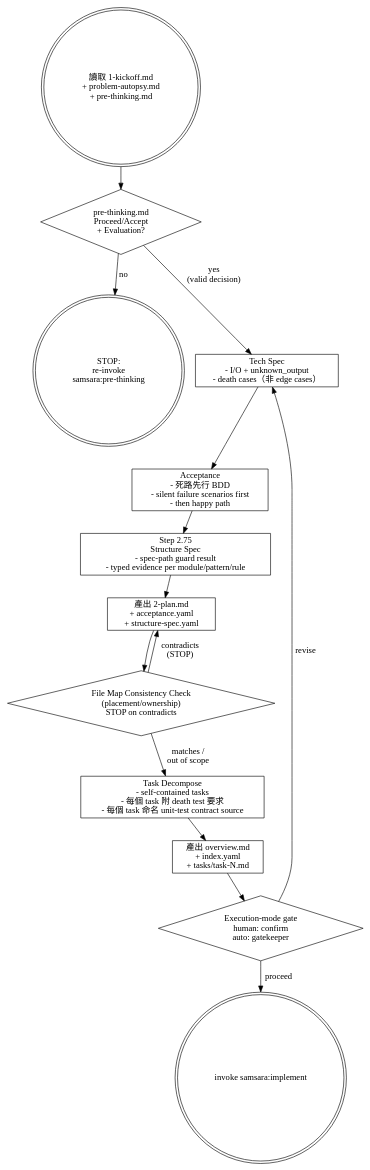
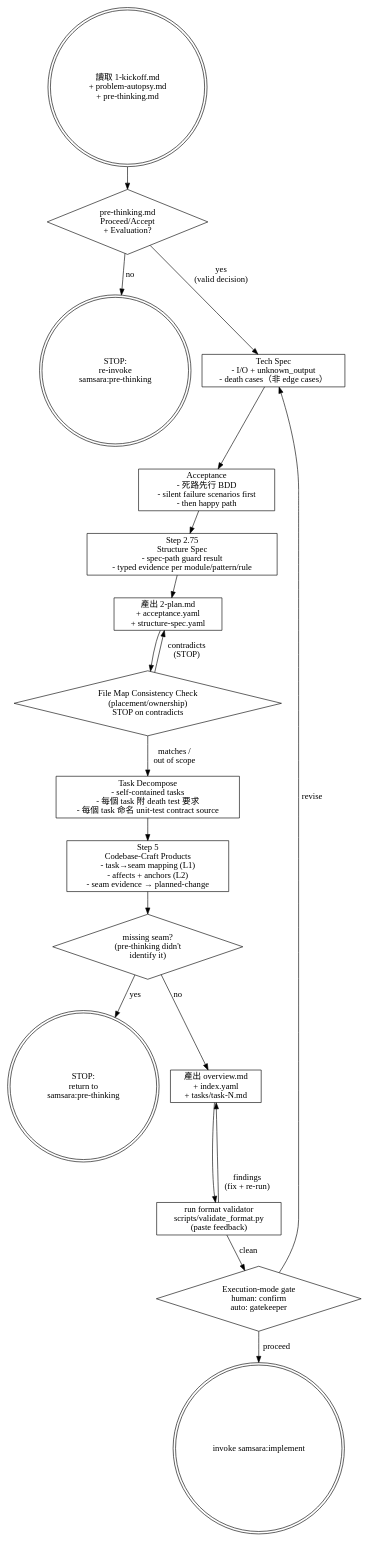
Before and after one commit to roymondliao/samsara: the diagram in skills/planning/SKILL.md, drawn with Graphviz. The commit also changed other lines of this file and 17 other files, not shown here.

First line of the commit message:
feat(1.0.0): formalize planning/implement/agents/review/research — global thinking channel + format-validate scripts

````diff
--- a/skills/planning/SKILL.md
+++ b/skills/planning/SKILL.md
@@ -34,32 +34,41 @@
 ```dot
 digraph planning {
     node [shape=box];
 
     start [label="讀取 1-kickoff.md\n+ problem-autopsy.md\n+ pre-thinking.md" shape=doublecircle];
     guard [label="pre-thinking.md\nProceed/Accept\n+ Evaluation?" shape=diamond];
     blocked [label="STOP:\nre-invoke\nsamsara:pre-thinking" shape=doublecircle];
     spec [label="Tech Spec\n- I/O + unknown_output\n- death cases（非 edge cases）"];
     acceptance [label="Acceptance\n- 死路先行 BDD\n- silent failure scenarios first\n- then happy path"];
     structure_spec [label="Step 2.75\nStructure Spec\n- spec-path guard result\n- typed evidence per module/pattern/rule"];
     plan [label="產出 2-plan.md\n+ acceptance.yaml\n+ structure-spec.yaml"];
     consistency [label="File Map Consistency Check\n(placement/ownership)\nSTOP on contradicts" shape=diamond];
     decompose [label="Task Decompose\n- self-contained tasks\n- 每個 task 附 death test 要求\n- 每個 task 命名 unit-test contract source"];
+    craft [label="Step 5\nCodebase-Craft Products\n- task→seam mapping (L1)\n- affects + anchors (L2)\n- seam evidence → planned-change"];
+    seam_gap [label="missing seam?\n(pre-thinking didn't\nidentify it)" shape=diamond];
+    seam_stop [label="STOP:\nreturn to\nsamsara:pre-thinking" shape=doublecircle];
     output [label="產出 overview.md\n+ index.yaml\n+ tasks/task-N.md"];
+    validate [label="run format validator\nscripts/validate_format.py\n(paste feedback)"];
     gate [label="Execution-mode gate\nhuman: confirm\nauto: gatekeeper" shape=diamond];
     next [label="invoke samsara:implement" shape=doublecircle];
 
     start -> guard;
     guard -> spec [label="yes\n(valid decision)"];
     guard -> blocked [label="no"];
     spec -> acceptance;
     acceptance -> structure_spec;
     structure_spec -> plan;
     plan -> consistency;
     consistency -> decompose [label="matches /\nout of scope"];
     consistency -> plan [label="contradicts\n(STOP)"];
-    decompose -> output;
-    output -> gate;
+    decompose -> craft;
+    craft -> seam_gap;
+    seam_gap -> seam_stop [label="yes"];
+    seam_gap -> output [label="no"];
+    output -> validate;
+    validate -> gate [label="clean"];
+    validate -> output [label="findings\n(fix + re-run)"];
     gate -> next [label="proceed"];
     gate -> spec [label="revise"];
 }
 ```
````
